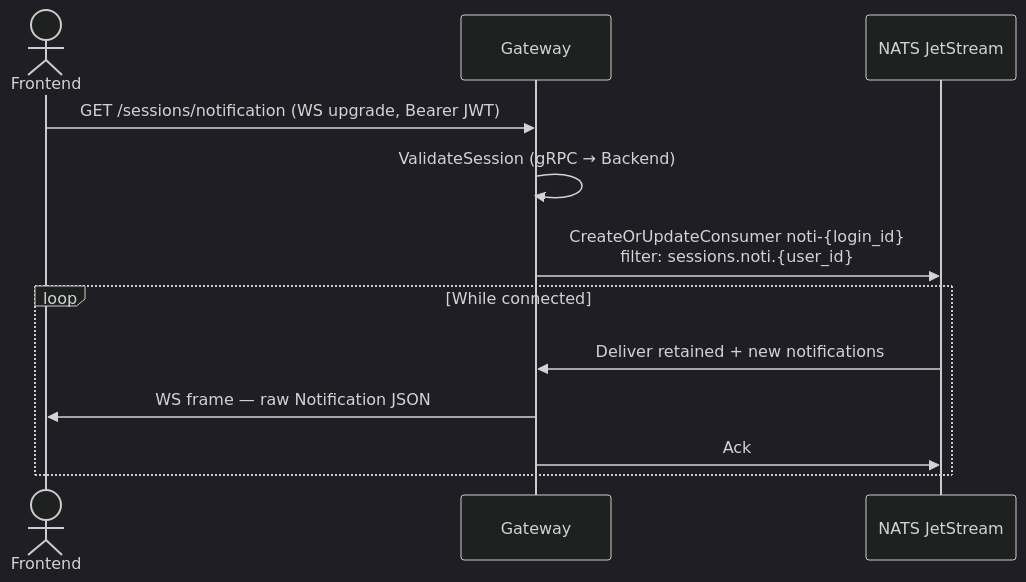
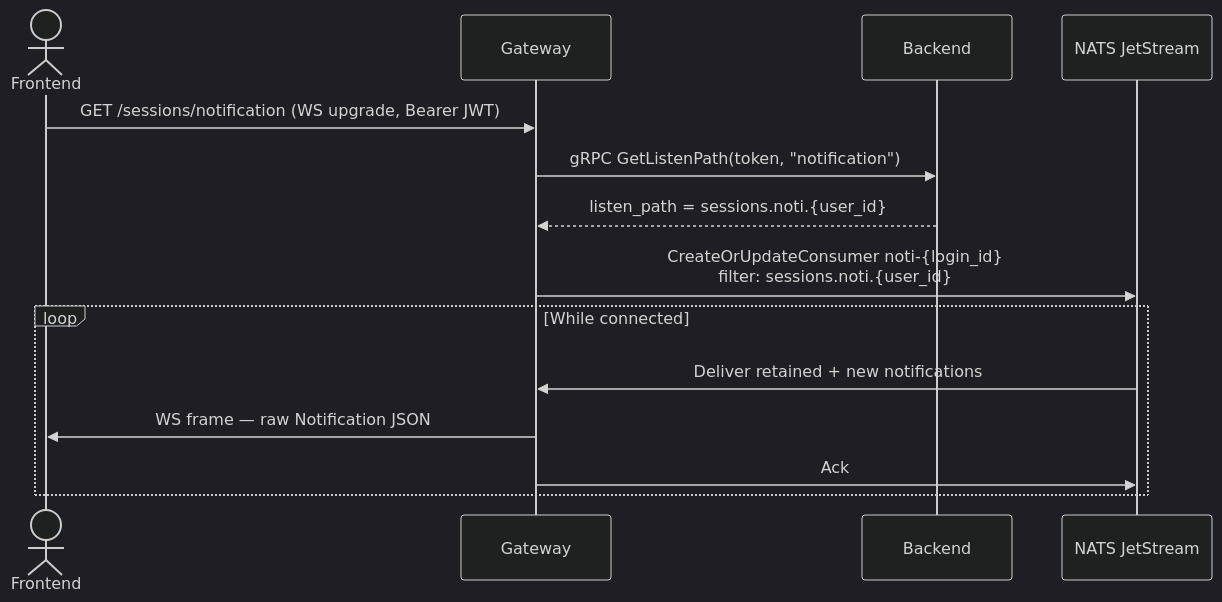
The second of 2 diagrams in docs/chat_streaming.md (zukigit/chat), drawn with Mermaid (dark theme) before and after one commit. The commit also changed other lines of this file and 11 other files, not shown here.

````diff
--- a/docs/chat_streaming.md
+++ b/docs/chat_streaming.md
@@ -104,15 +104,17 @@
 ```mermaid
 sequenceDiagram
     actor Client as Frontend
     participant GW as Gateway
+    participant BE as Backend
     participant NQ as NATS JetStream
 
     Client->>GW: GET /sessions/notification (WS upgrade, Bearer JWT)
-    GW->>GW: ValidateSession (gRPC → Backend)
+    GW->>BE: gRPC GetListenPath(token, "notification")
+    BE-->>GW: listen_path = sessions.noti.{user_id}
     GW->>NQ: CreateOrUpdateConsumer noti-{login_id}<br/>filter: sessions.noti.{user_id}
     loop While connected
         NQ->>GW: Deliver retained + new notifications
         GW->>Client: WS frame — raw Notification JSON
         GW->>NQ: Ack
     end
 ```
````
